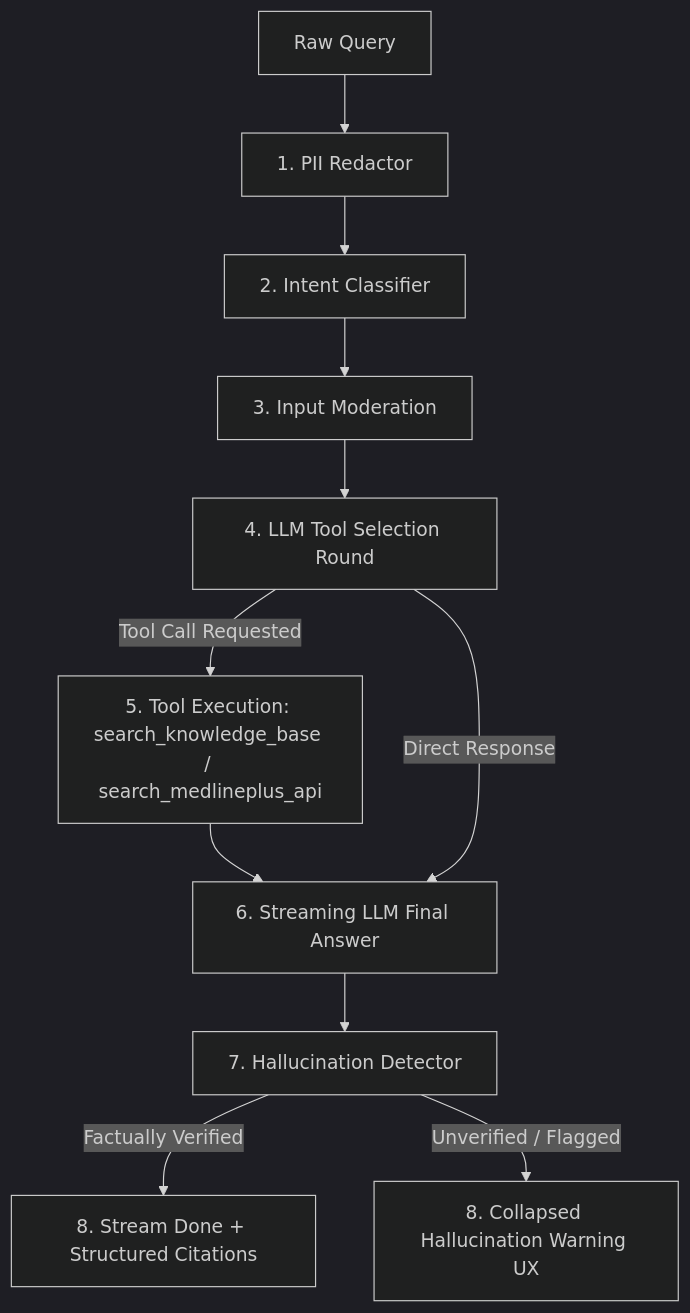
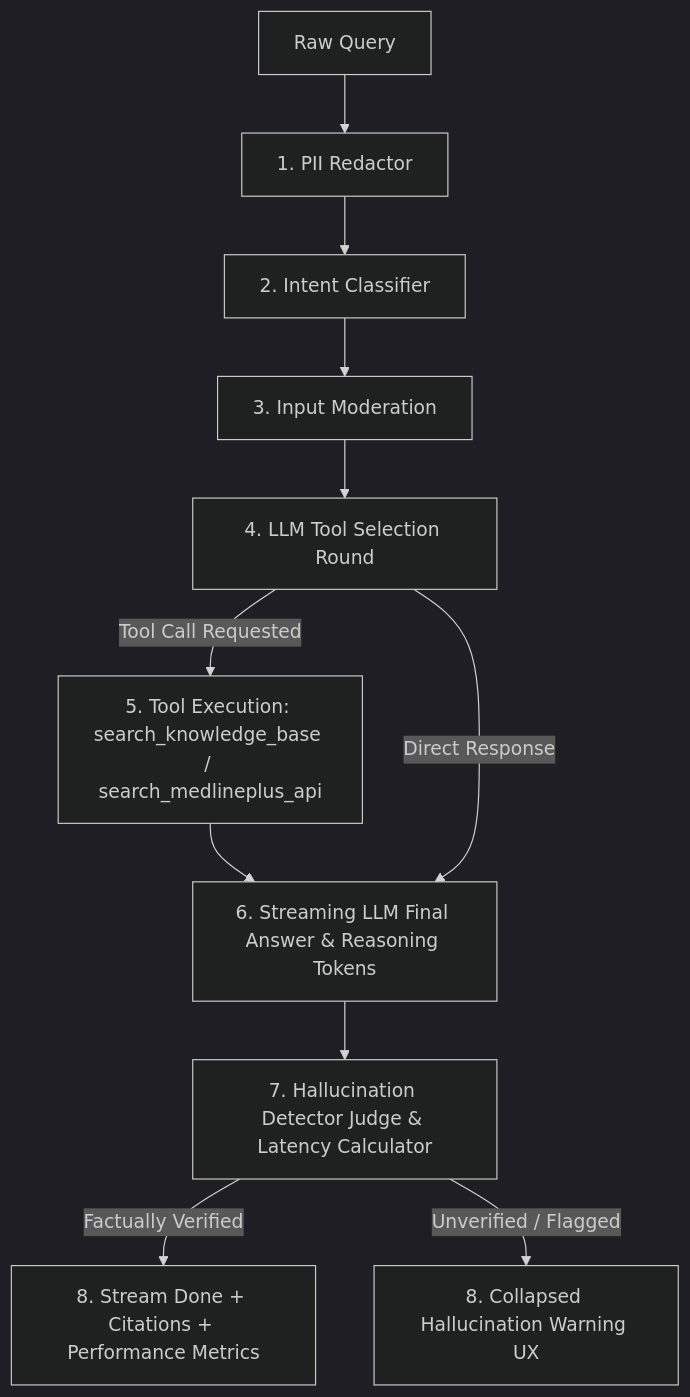
One commit to SimpNick6703/Health-Chatbot changed the diagram in LOGIC.md. Above: the diagram before and after it, drawn with Mermaid (dark theme). The commit also changed other lines of this file and 1 other file, not shown here.

Commit message:
docs: update ARCHITECTURE.md and LOGIC.md diagrams and specifications for PostgreSQL, React frontend, Nginx, and latency metrics

````diff
--- a/LOGIC.md
+++ b/LOGIC.md
@@ -9,13 +9,13 @@
 ```mermaid
 flowchart TD
     A[Raw Query] --> B[1. PII Redactor]
     B --> C[2. Intent Classifier]
     C --> D[3. Input Moderation]
     D --> E[4. LLM Tool Selection Round]
     E -->|Tool Call Requested| F[5. Tool Execution: search_knowledge_base / search_medlineplus_api]
-    F --> G[6. Streaming LLM Final Answer]
+    F --> G[6. Streaming LLM Final Answer & Reasoning Tokens]
     E -->|Direct Response| G
-    G --> H[7. Hallucination Detector]
-    H -->|Factually Verified| I[8. Stream Done + Structured Citations]
+    G --> H[7. Hallucination Detector Judge & Latency Calculator]
+    H -->|Factually Verified| I[8. Stream Done + Citations + Performance Metrics]
     H -->|Unverified / Flagged| J[8. Collapsed Hallucination Warning UX]
 ```
````
